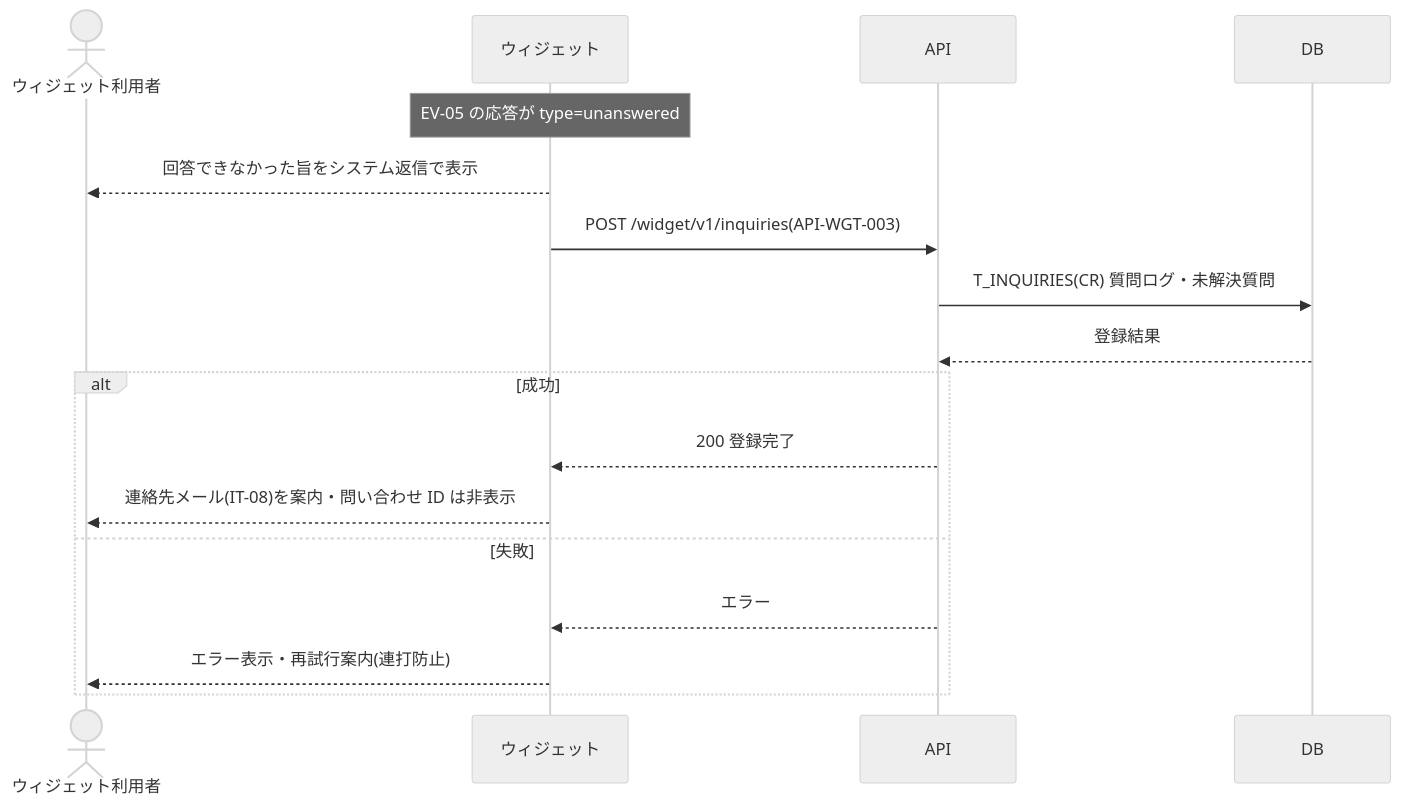
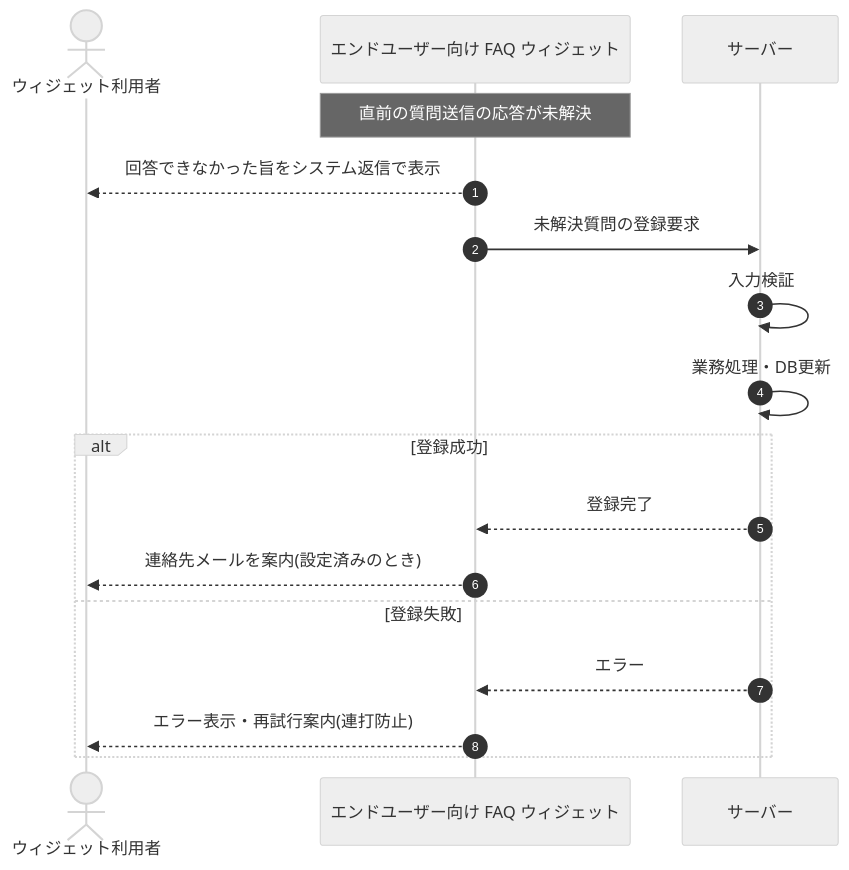
Before and after one commit to sikakou54/open-faq: the diagram in 02_basic_design/05_sequences/SEQ-089.md, drawn with Mermaid (neutral theme). The commit also changed other lines of this file and 108 other files, not shown here.

First line of the commit message:
基本設計: シーケンス図を基本設計粒度(ユーザー/画面/サーバー)へ再編成

````diff
--- a/02_basic_design/05_sequences/SEQ-089.md
+++ b/02_basic_design/05_sequences/SEQ-089.md
@@ -25,19 +32,19 @@
 ```mermaid
 sequenceDiagram
+  autonumber
   actor U as ウィジェット利用者
-  participant W as ウィジェット
-  participant API as API
-  participant DB as DB
-  Note over W: EV-05 の応答が type=unanswered
-  W-->>U: 回答できなかった旨をシステム返信で表示
-  W->>API: POST /widget/v1/inquiries(API-WGT-003)
-  API->>DB: T_INQUIRIES(CR) 質問ログ・未解決質問
-  DB-->>API: 登録結果
-  alt 成功
-    API-->>W: 200 登録完了
-    W-->>U: 連絡先メール(IT-08)を案内・問い合わせ ID は非表示
-  else 失敗
-    API-->>W: エラー
-    W-->>U: エラー表示・再試行案内(連打防止)
+  participant Screen as エンドユーザー向け FAQ ウィジェット
+  participant Server as サーバー
+  Note over Screen: 直前の質問送信の応答が未解決
+  Screen-->>U: 回答できなかった旨をシステム返信で表示
+  Screen->>Server: 未解決質問の登録要求
+  Server->>Server: 入力検証
+  Server->>Server: 業務処理・DB更新
+  alt 登録成功
+    Server-->>Screen: 登録完了
+    Screen-->>U: 連絡先メールを案内(設定済みのとき)
+  else 登録失敗
+    Server-->>Screen: エラー
+    Screen-->>U: エラー表示・再試行案内(連打防止)
   end
 ```
````
